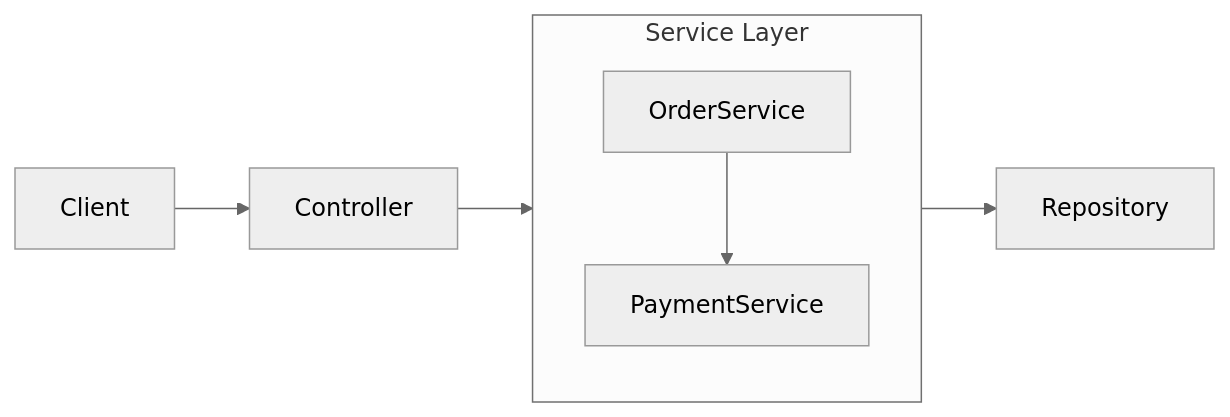
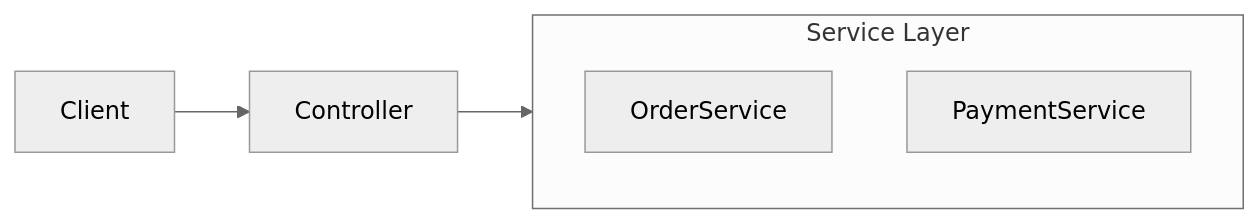
The diagram in README.md (codecraft87/order-payment-system), drawn with Mermaid (neutral theme) before and after one commit.

````diff
--- a/README.md
+++ b/README.md
@@ -33,13 +33,13 @@
 ```mermaid
 flowchart LR
     Client --> Controller
 
     subgraph Service["Service Layer"]
         direction TB
-        OrderService --> PaymentService
+        OrderService
+        PaymentService
     end
 
     Controller --> OrderService
-    PaymentService --> Repository
 
 ```
````
